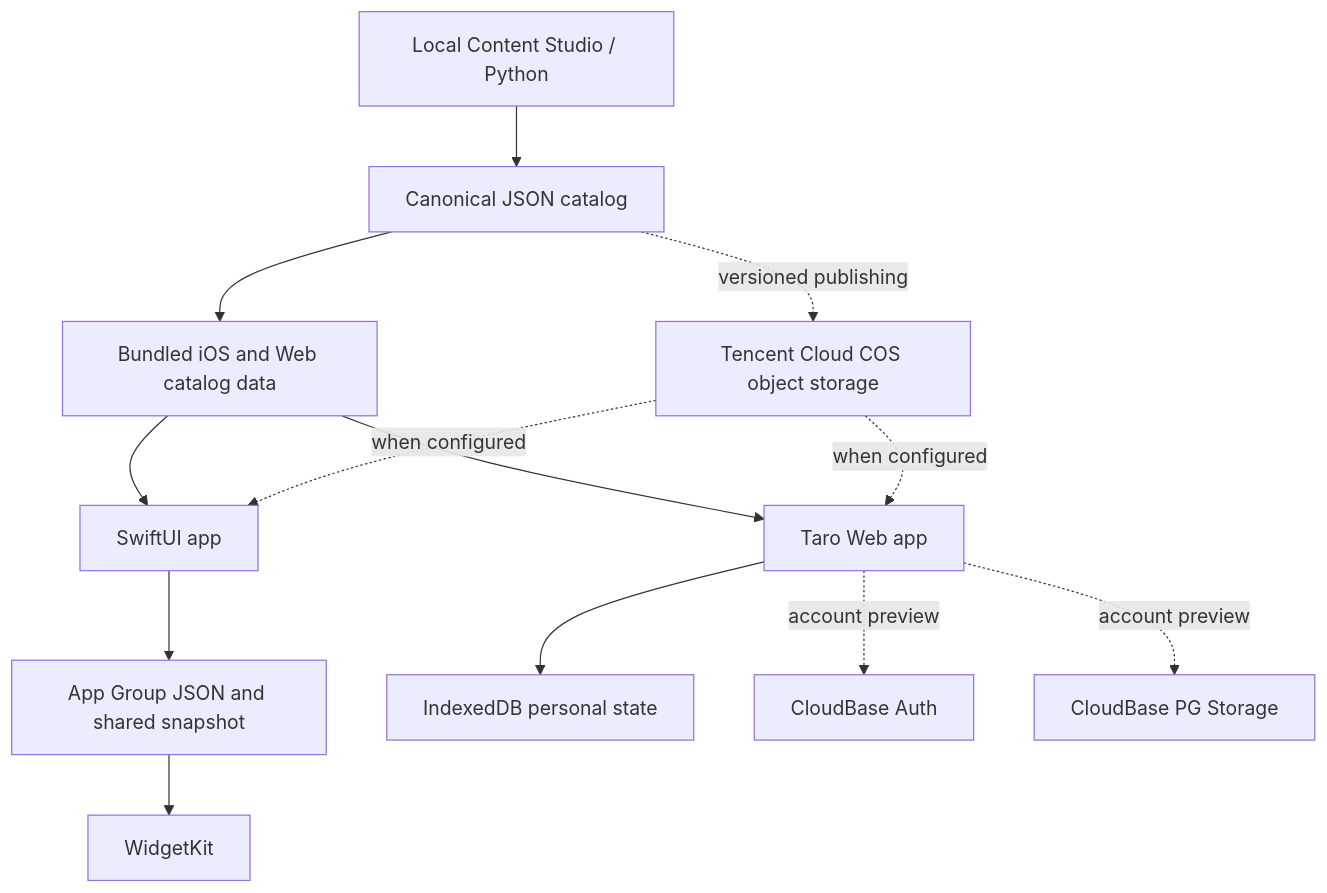
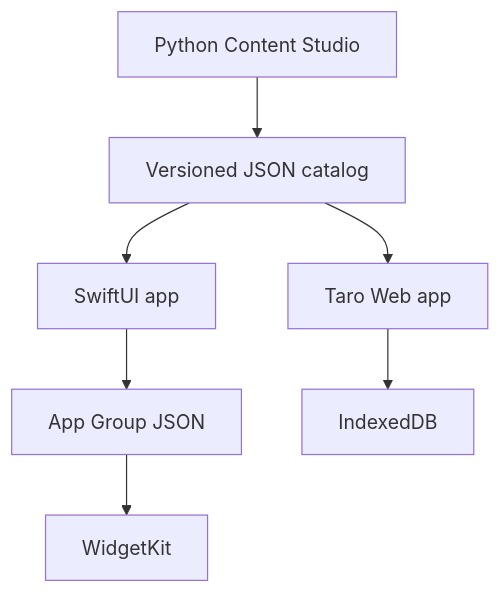
One commit to curtis2523/rain-house-showcase changed the diagram in README.md. Above: the diagram before and after it, drawn with Mermaid. The commit also changed other lines of this file and 13 other files, not shown here.

````diff
--- a/README.md
+++ b/README.md
@@ -43,15 +30,9 @@
 ```mermaid
 flowchart TB
-    Studio["Local Content Studio / Python"] --> Catalog["Canonical JSON catalog"]
-    Catalog --> Bundles["Bundled iOS and Web catalog data"]
-    Catalog -. "versioned publishing" .-> COS["Tencent Cloud COS object storage"]
-    Bundles --> iOS["SwiftUI app"]
-    Bundles --> Web["Taro Web app"]
-    COS -. "when configured" .-> iOS
-    COS -. "when configured" .-> Web
-    iOS --> AppGroup["App Group JSON and shared snapshot"]
-    AppGroup --> Widget["WidgetKit"]
-    Web --> IndexedDB["IndexedDB personal state"]
-    Web -. "account preview" .-> Auth["CloudBase Auth"]
-    Web -. "account preview" .-> Avatars["CloudBase PG Storage"]
+    Studio["Python Content Studio"] --> Catalog["Versioned JSON catalog"]
+    Catalog --> iOS["SwiftUI app"]
+    Catalog --> Web["Taro Web app"]
+    iOS --> Local["App Group JSON"]
+    Local --> Widgets["WidgetKit"]
+    Web --> Browser["IndexedDB"]
 ```
````
